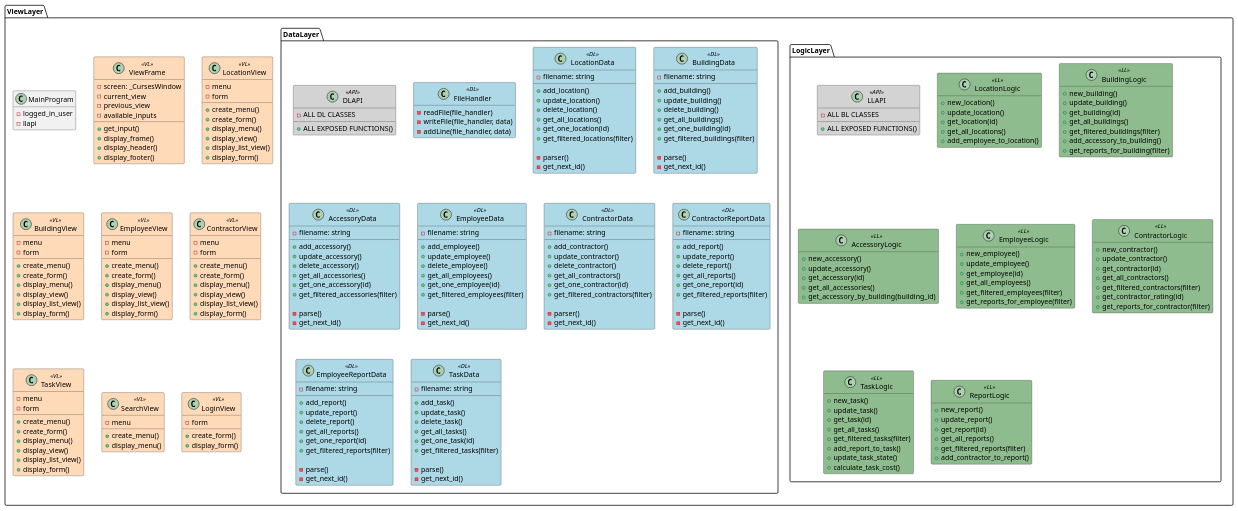
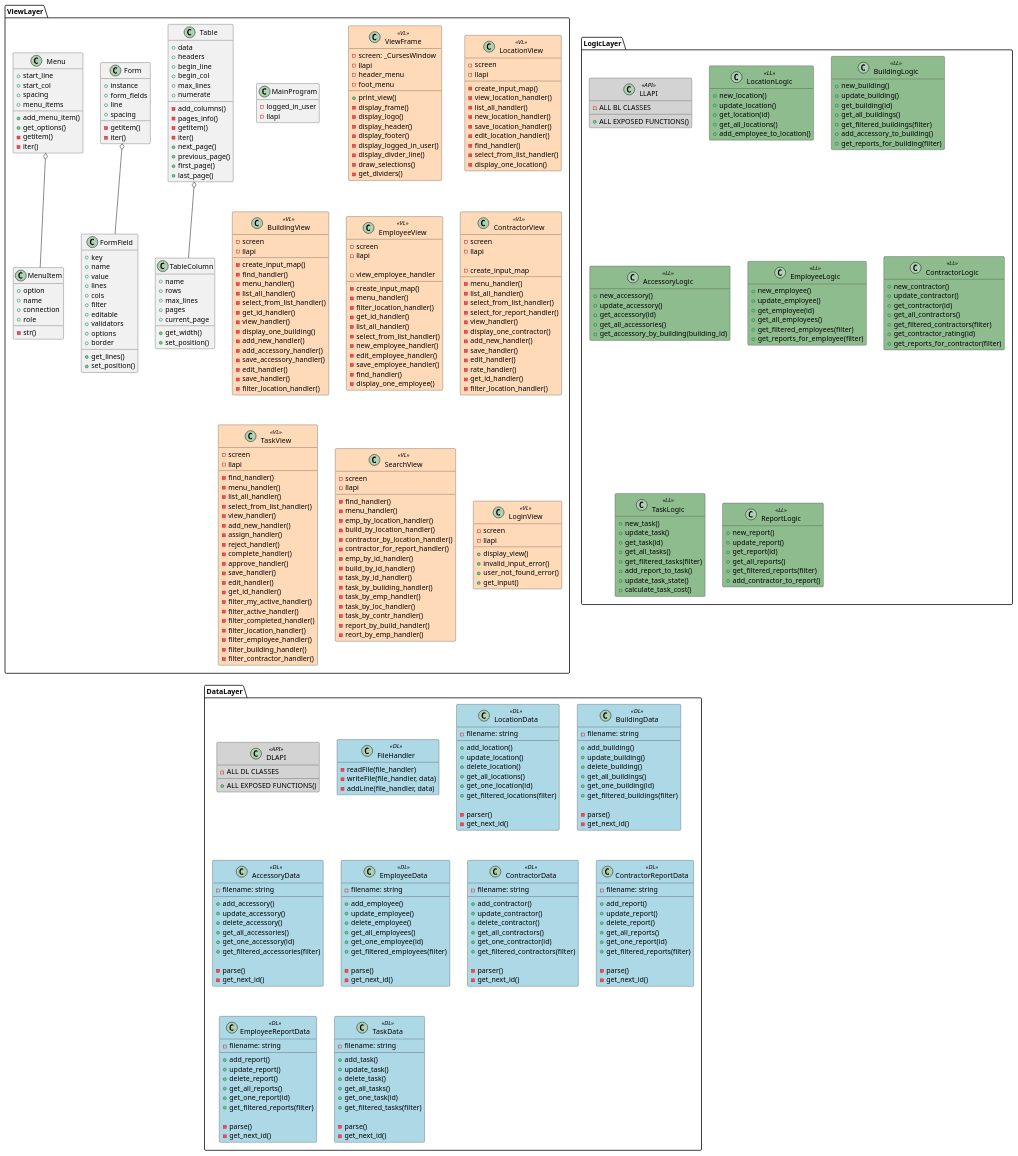
Before and after one commit to finnure/Verklegt1-H1-2021: the diagram in docs/uml/3-tier_class.puml, drawn with PlantUML.

Commit message:
VL uppfært í klasariti

```diff
--- a/docs/uml/3-tier_class.puml
+++ b/docs/uml/3-tier_class.puml
@@ -9,88 +9,230 @@
 }
 
 package ViewLayer {
+  Class Table {
+    + data
+    + headers
+    + begin_line
+    + begin_col
+    + max_lines
+    + numerate
+
+    - add_columns()
+    - pages_info()
+    - getitem()
+    - iter()
+    + next_page()
+    + previous_page()
+    + first_page()
+    + last_page()
+
+  }
+  Class TableColumn {
+    + name
+    + rows
+    + max_lines
+    + pages
+    + current_page
+
+    + get_width()
+    + set_position()
+  } 
+
+  Table o-- TableColumn
+
+  Class Form {
+    + instance
+    + form_fields
+    + line
+    + spacing
+
+    - getitem()
+    - iter()
+  }
+  Class FormField {
+    + key
+    + name
+    + value
+    + lines
+    + cols
+    + filter
+    + editable
+    + validators
+    + options
+    + border
+
+    + get_lines()
+    + set_position()
+  } 
+
+  Form o-- FormField
+
+  Class Menu {
+    + start_line
+    + start_col
+    + spacing
+    + menu_items
+
+    + add_menu_item()
+    + get_options()
+    - getitem()
+    - iter()
+  }
+  Class MenuItem {
+    + option
+    + name
+    + connection
+    + role
+
+    - str()
+  }
+
+  Menu o-- MenuItem
+
   Class MainProgram {
     - logged_in_user
     - llapi
   }
   Class ViewFrame <<VL>> {
     - screen: _CursesWindow
-    - current_view
-    - previous_view
-    - available_inputs
+    - llapi
+    - header_menu
+    - foot_menu
 
-    + get_input()
-    + display_frame()
-    + display_header()
-    + display_footer()
+    + print_view()
+    - display_frame()
+    - display_logo()
+    - display_header()
+    - display_footer()
+    - display_logged_in_user()
+    - display_divder_line()
+    - draw_selections()
+    - get_dividers()
   }
   Class LocationView <<VL>> {
-    - menu
-    - form
+    - screen
+    - llapi
 
-    + create_menu()
-    + create_form()
-    + display_menu()
-    + display_view()
-    + display_list_view()
-    + display_form()
+    - create_input_map()
+    - view_location_handler()
+    - list_all_handler()
+    - new_location_handler()
+    - save_location_handler()
+    - edit_location_handler()
+    - find_handler()
+    - select_from_list_handler()
+    - display_one_location()
+    
   }
   Class BuildingView <<VL>> {
-    - menu
-    - form
+    - screen
+    - llapi
 
-    + create_menu()
-    + create_form()
-    + display_menu()
-    + display_view()
-    + display_list_view()
-    + display_form()
+    - create_input_map()
+    - find_handler()
+    - menu_handler()
+    - list_all_handler()
+    - select_from_list_handler()
+    - get_id_handler()
+    - view_handler()
+    - display_one_building()
+    - add_new_handler()
+    - add_accessory_handler()
+    - save_accessory_handler()
+    - edit_handler()
+    - save_handler()
+    - filter_location_handler()
   }
   Class EmployeeView <<VL>> {
-    - menu
-    - form
-
-    + create_menu()
-    + create_form()
-    + display_menu()
-    + display_view()
-    + display_list_view()
-    + display_form()
+    - screen
+    - llapi
+ 
+    - create_input_map()
+    - menu_handler()
+    - view_employee_handler
+    - filter_location_handler()
+    - get_id_handler()
+    - list_all_handler()
+    - select_from_list_handler()
+    - new_employee_handler()
+    - edit_employee_handler()
+    - save_employee_handler()
+    - find_handler()
+    - display_one_employee()
   }
   Class ContractorView <<VL>> {
-    - menu
-    - form
+    - screen
+    - llapi
 
-    + create_menu()
-    + create_form()
-    + display_menu()
-    + display_view()
-    + display_list_view()
-    + display_form()
+    - create_input_map
+    - menu_handler()
+    - list_all_handler()
+    - select_from_list_handler()
+    - select_for_report_handler()
+    - view_handler()
+    - display_one_contractor()
+    - add_new_handler()
+    - save_handler()
+    - edit_handler()
+    - rate_handler()
+    - get_id_handler()
+    - filter_location_handler()
   }
   Class TaskView <<VL>> {
-    - menu
-    - form
+    - screen
+    - llapi
 
-    + create_menu()
-    + create_form()
-    + display_menu()
-    + display_view()
-    + display_list_view()
-    + display_form()
+    - find_handler()
+    - menu_handler()
+    - list_all_handler()
+    - select_from_list_handler()
+    - view_handler()
+    - add_new_handler()
+    - assign_handler()
+    - reject_handler()
+    - complete_handler()
+    - approve_handler()
+    - save_handler()
+    - edit_handler()
+    - get_id_handler()
+    - filter_my_active_handler()
+    - filter_active_handler()
+    - filter_completed_handler()
+    - filter_location_handler()
+    - filter_employee_handler()
+    - filter_building_handler()
+    - filter_contractor_handler()
   }
   Class SearchView <<VL>> {
-    - menu
+    - screen
+    - llapi
 
-    + create_menu()
-    + display_menu()
+    - find_handler()
+    - menu_handler()
+    - emp_by_location_handler()
+    - build_by_location_handler()
+    - contractor_by_location_handler()
+    - contractor_for_report_handler()
+    - emp_by_id_handler()
+    - build_by_id_handler()
+    - task_by_id_handler()
+    - task_by_building_handler()
+    - task_by_emp_handler()
+    - task_by_loc_handler()
+    - task_by_contr_handler()
+    - report_by_build_handler()
+    - reort_by_emp_handler()
   }
   Class LoginView <<VL>> {
-    - form
+    - screen
+    - llapi
 
-    + create_form()
-    + display_form()
+    + display_view()
+    + invalid_input_error()
+    + user_not_found_error()
+    + get_input()
   }
+}
 package LogicLayer {
   Class LLAPI <<API>> {
     - ALL BL CLASSES
```
